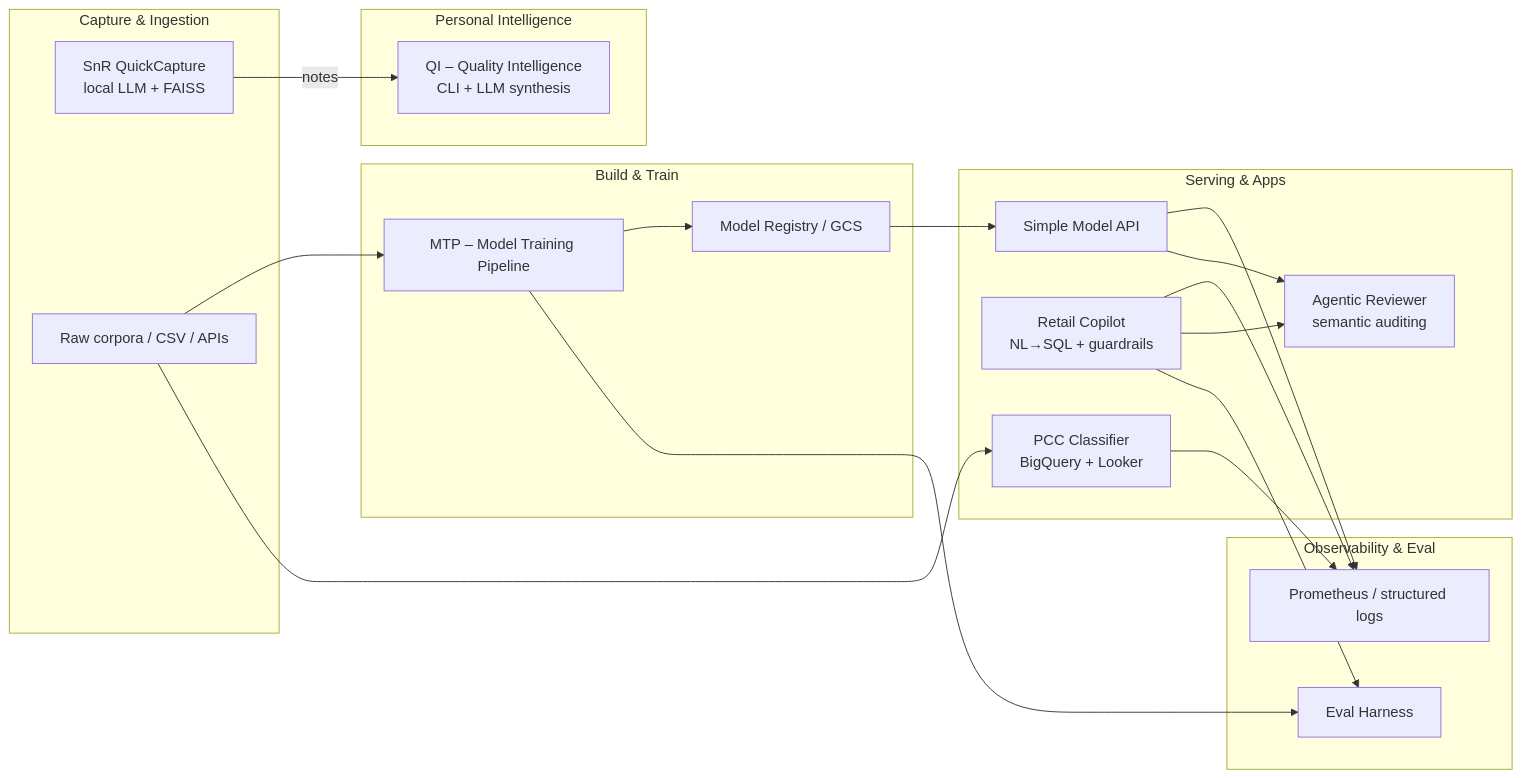
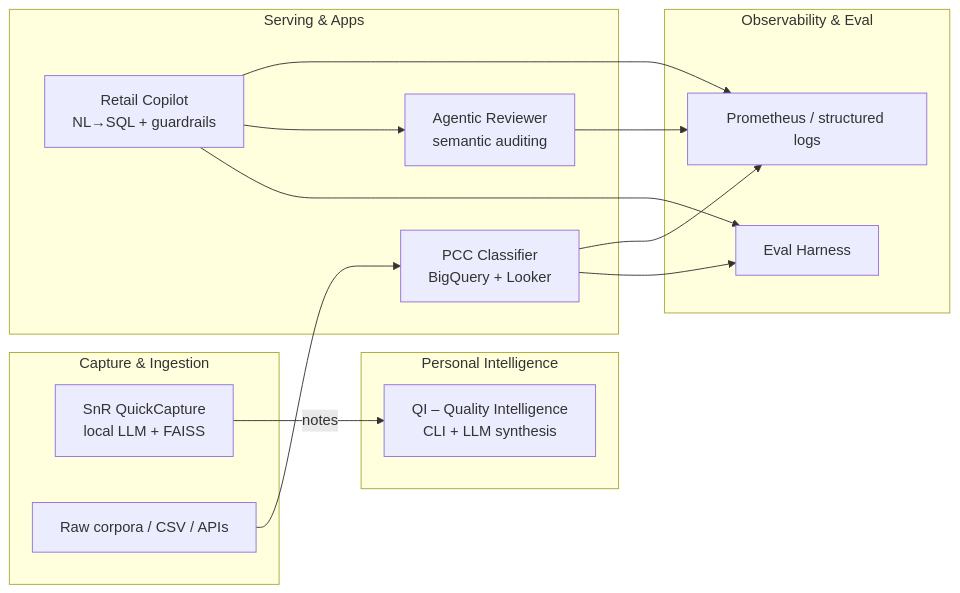
One commit to naaas94/me changed the first of 3 diagrams in README.md. Above: the diagram before and after it, drawn with Mermaid. The commit also changed other lines of this file and 6 other files, not shown here.

````diff
--- a/README.md
+++ b/README.md
@@ -34,39 +32,31 @@
 ```mermaid
 flowchart LR
   subgraph Capture ["Capture & Ingestion"]
     QC[SnR QuickCapture<br/>local LLM + FAISS]
     SRC[Raw corpora / CSV / APIs]
   end
 
   subgraph Personal ["Personal Intelligence"]
     QI[QI – Quality Intelligence<br/>CLI + LLM synthesis]
   end
 
-  subgraph Build ["Build & Train"]
-    MTP[MTP – Model Training Pipeline]
-    REG[Model Registry / GCS]
-  end
-
   subgraph Serving ["Serving & Apps"]
-    SMA[Simple Model API]
     RC[Retail Copilot<br/>NL→SQL + guardrails]
     PCC[PCC Classifier<br/>BigQuery + Looker]
     AR[Agentic Reviewer<br/>semantic auditing]
   end
 
   subgraph Obs ["Observability & Eval"]
     EVAL[Eval Harness]
     LOGS[Prometheus / structured logs]
   end
 
   QC -- notes --> QI
-  SRC --> MTP --> REG --> SMA
   SRC --> PCC
   PCC --> LOGS
-  SMA --> LOGS
   RC --> LOGS
-  SMA --> AR
+  AR --> LOGS
   RC --> AR
-  MTP --> EVAL
+  PCC --> EVAL
   RC --> EVAL
 ```
````
